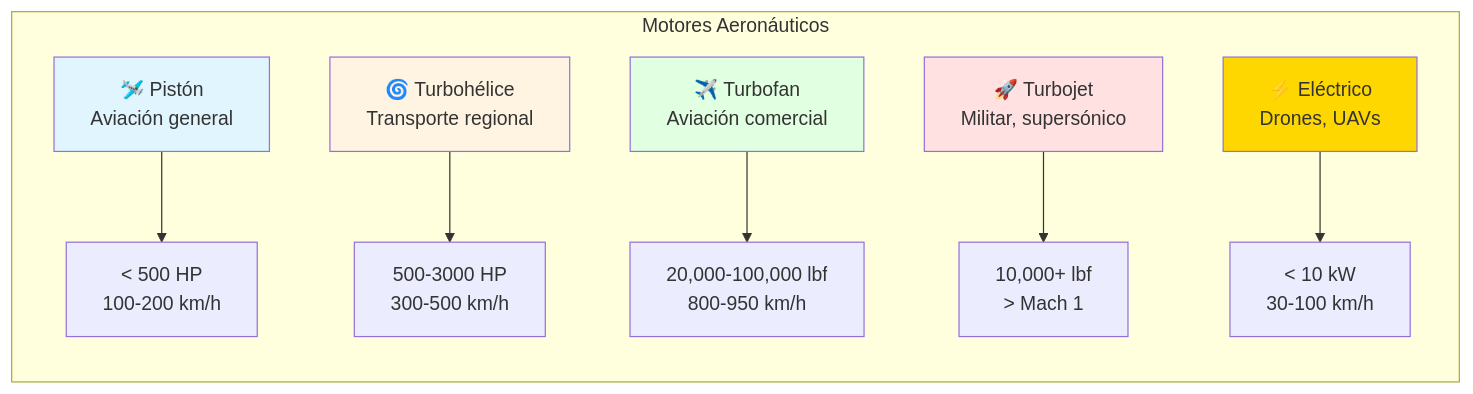
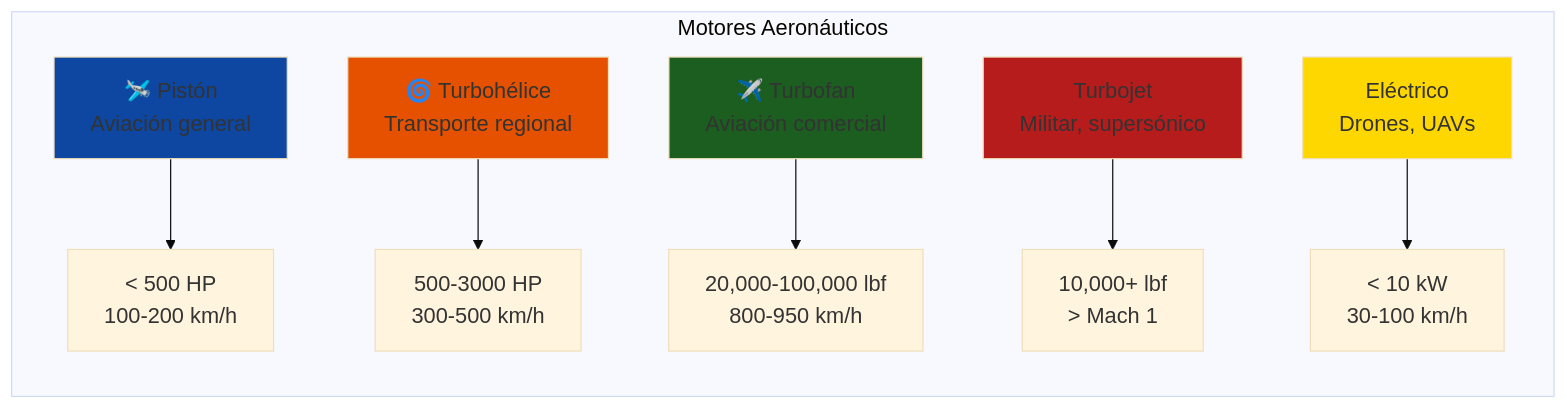
Before and after one commit to Ai-Whisperers/Courses-Content: the third of 16 diagrams in courses/🟡-development/FPUNA-2026/03-INGENIERIA-AERONAUTICA/04-sistemas-propulsion.md, drawn with Mermaid. The commit also changed other lines of this file and 47 other files, not shown here.

First line of the commit message:
fix: Make all 473 diagrams WCAG AAA accessible (FPUNA-2026)

````diff
--- a/courses/🟡-development/FPUNA-2026/03-INGENIERIA-AERONAUTICA/04-sistemas-propulsion.md
+++ b/courses/🟡-development/FPUNA-2026/03-INGENIERIA-AERONAUTICA/04-sistemas-propulsion.md
@@ -209,22 +211,23 @@
 ```mermaid
+%%{init: {'theme':'base', 'themeVariables': {'fontSize':'18px'}}}%%
 graph LR
     subgraph "Motores Aeronáuticos"
         A[🛩️ Pistón<br/>Aviación general]
         B[🌀 Turbohélice<br/>Transporte regional]
         C[✈️ Turbofan<br/>Aviación comercial]
-        D[🚀 Turbojet<br/>Militar, supersónico]
-        E[⚡ Eléctrico<br/>Drones, UAVs]
+        D[Turbojet<br/>Militar, supersónico]
+        E[Eléctrico<br/>Drones, UAVs]
         
         A --> F[< 500 HP<br/>100-200 km/h]
         B --> G[500-3000 HP<br/>300-500 km/h]
         C --> H[20,000-100,000 lbf<br/>800-950 km/h]
         D --> I[10,000+ lbf<br/>> Mach 1]
         E --> J[< 10 kW<br/>30-100 km/h]
     end
     
-    style A fill:#E1F5FF
-    style B fill:#FFF4E1
-    style C fill:#E1FFE1
-    style D fill:#FFE1E1
+    style A fill:#0d47a1
+    style B fill:#e65100
+    style C fill:#1b5e20
+    style D fill:#b71c1c
     style E fill:#FFD700
 ```
````
